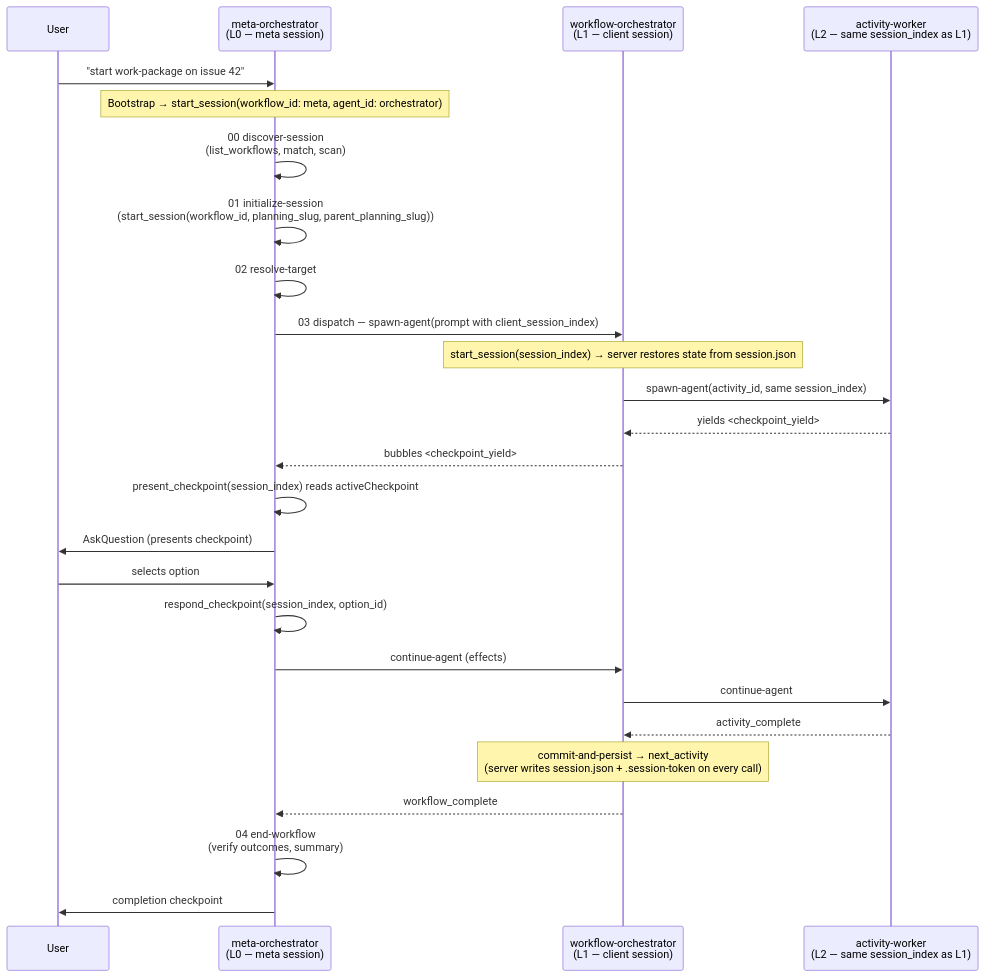
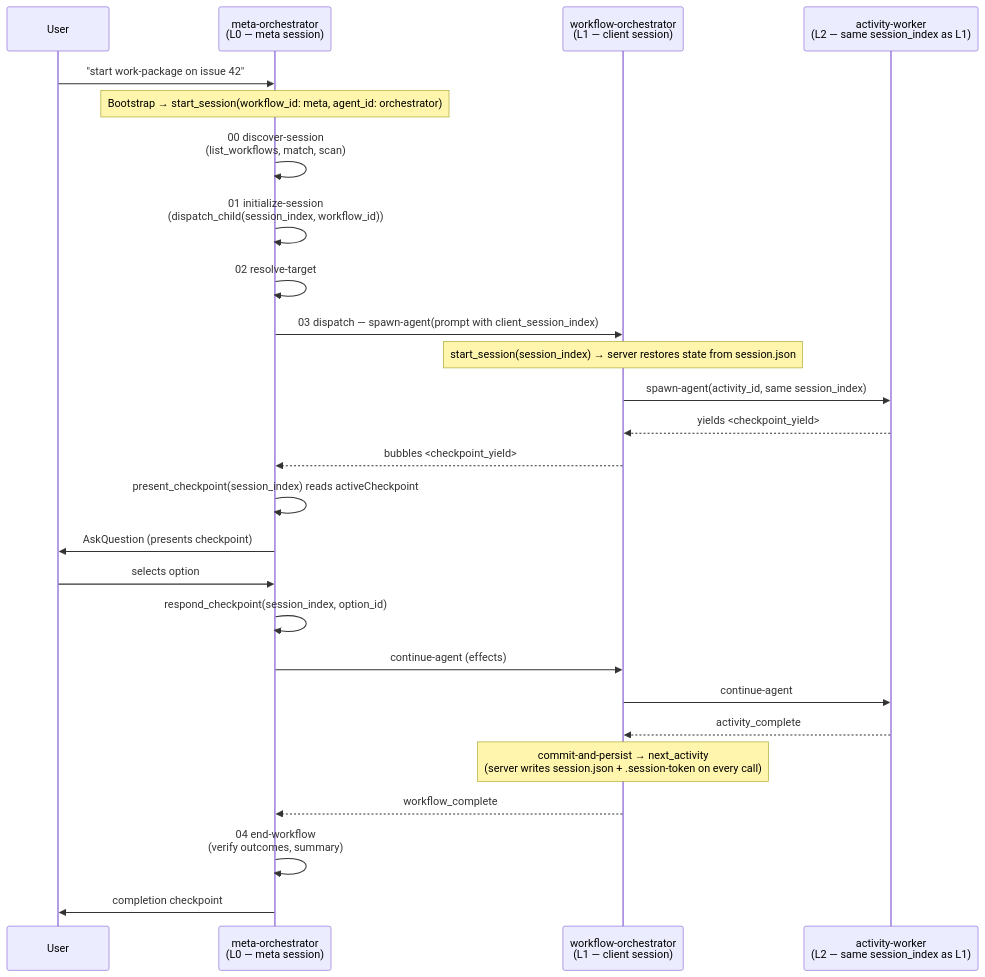
The second of 2 diagrams in meta/README.md (m2ux/workflow-server), drawn with Mermaid before and after one commit. The commit also changed other lines of this file and 3 other files, not shown here.

First line of the commit message:
chore(workflows): meta TOON uses dispatch_child instead of parent_planning_slug

````diff
--- a/meta/README.md
+++ b/meta/README.md
@@ -53,32 +53,32 @@
 ```mermaid
 sequenceDiagram
     participant User
     participant Meta as meta-orchestrator<br/>(L0 — meta session)
     participant Client as workflow-orchestrator<br/>(L1 — client session)
     participant Worker as activity-worker<br/>(L2 — same session_index as L1)
 
     User->>Meta: "start work-package on issue 42"
     Note over Meta: Bootstrap → start_session(workflow_id: meta, agent_id: orchestrator)
     Meta->>Meta: 00 discover-session<br/>(list_workflows, match, scan)
-    Meta->>Meta: 01 initialize-session<br/>(start_session(workflow_id, planning_slug, parent_planning_slug))
+    Meta->>Meta: 01 initialize-session<br/>(dispatch_child(session_index, workflow_id))
     Meta->>Meta: 02 resolve-target
 
     Meta->>Client: 03 dispatch — spawn-agent(prompt with client_session_index)
     Note over Client: start_session(session_index) → server restores state from session.json
 
     Client->>Worker: spawn-agent(activity_id, same session_index)
     Worker-->>Client: yields <checkpoint_yield>
     Client-->>Meta: bubbles <checkpoint_yield>
     Meta->>Meta: present_checkpoint(session_index) reads activeCheckpoint
     Meta->>User: AskQuestion (presents checkpoint)
     User->>Meta: selects option
     Meta->>Meta: respond_checkpoint(session_index, option_id)
     Meta->>Client: continue-agent (effects)
     Client->>Worker: continue-agent
 
     Worker-->>Client: activity_complete
     Note over Client: commit-and-persist → next_activity<br/>(server writes session.json + .session-token on every call)
     Client-->>Meta: workflow_complete
     Meta->>Meta: 04 end-workflow<br/>(verify outcomes, summary)
     Meta->>User: completion checkpoint
 ```
````
